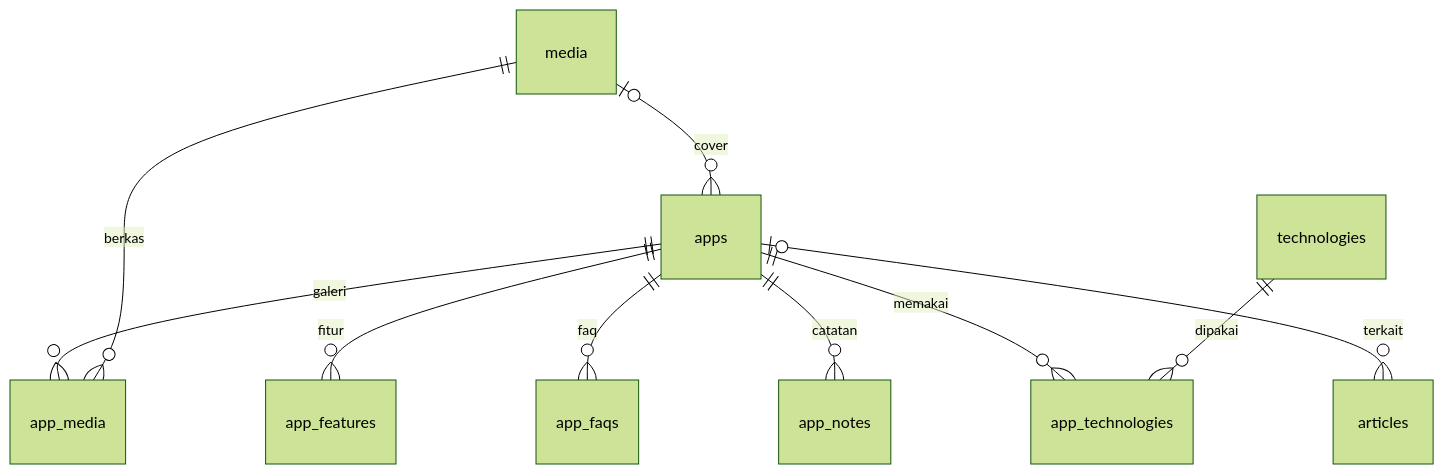
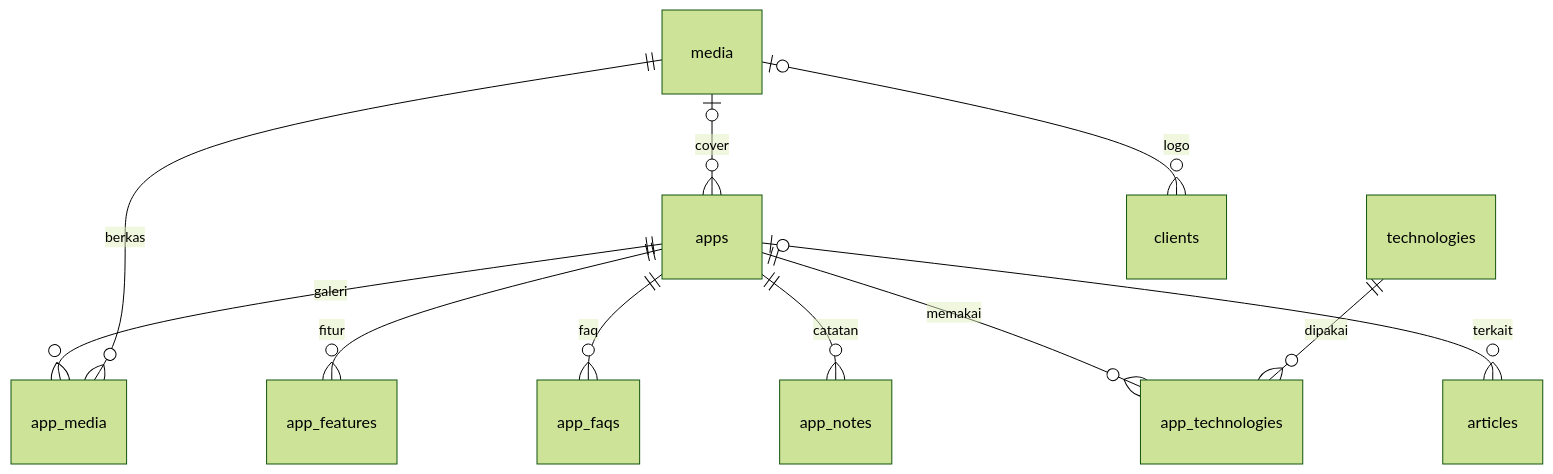
The diagram in docs/09-arsip-aplikasi.md (codexyan/waldev), drawn with Mermaid (forest theme) before and after one commit. The commit also changed other lines of this file and 20 other files, not shown here.

````diff
--- a/docs/09-arsip-aplikasi.md
+++ b/docs/09-arsip-aplikasi.md
@@ -145,12 +155,13 @@
 ```mermaid
 erDiagram
     apps ||--o{ app_media : galeri
     apps ||--o{ app_features : fitur
     apps ||--o{ app_faqs : faq
     apps ||--o{ app_notes : catatan
     apps ||--o{ app_technologies : memakai
     technologies ||--o{ app_technologies : dipakai
     apps |o--o{ articles : terkait
     media |o--o{ apps : cover
     media ||--o{ app_media : berkas
+    media |o--o{ clients : logo
 ```
````
